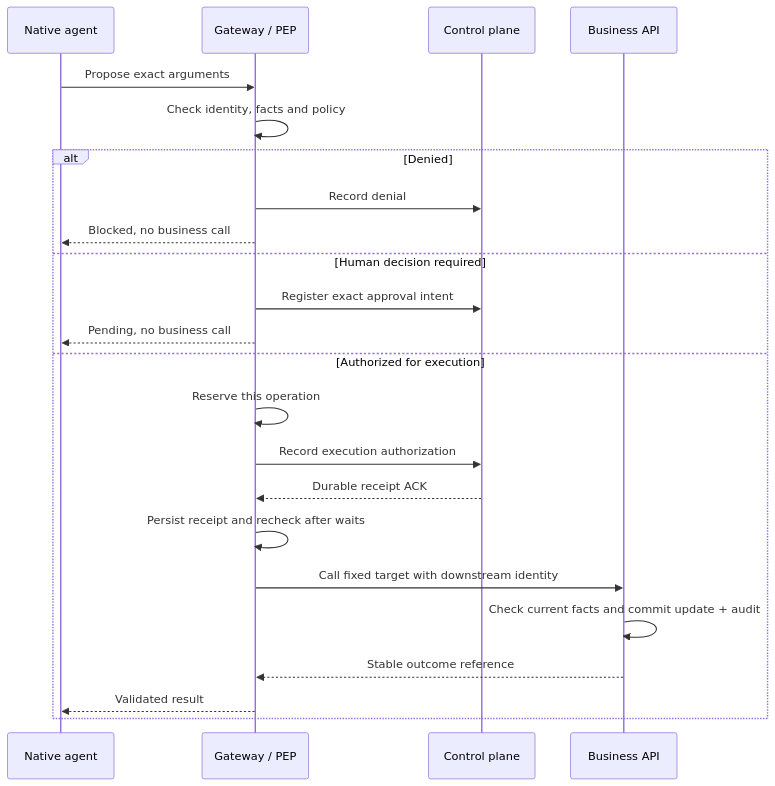
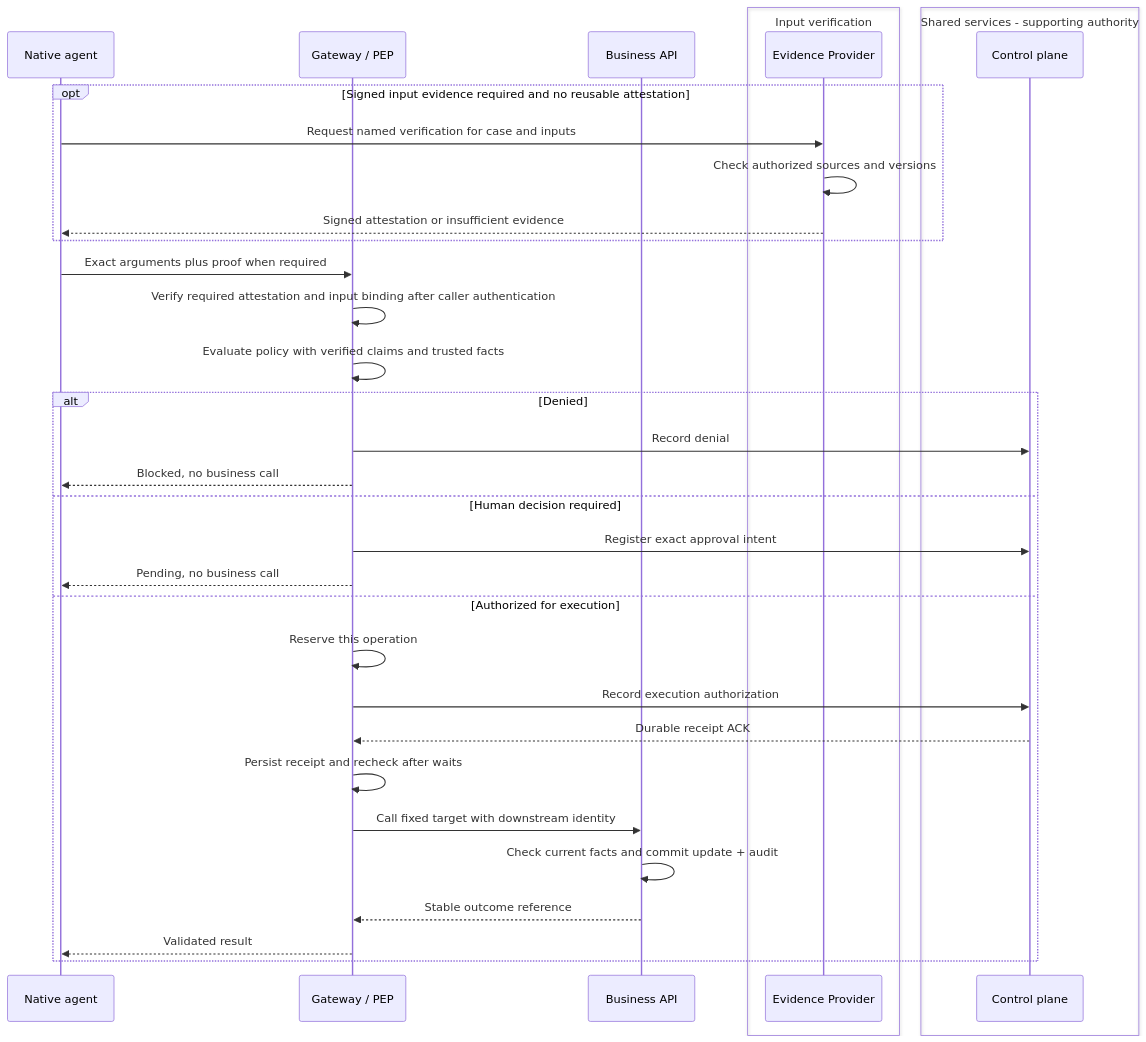
The second of 5 diagrams in docs/agent-governance-deep-dive.md (aiappsgbb/threadlight-skills), drawn with Mermaid before and after one commit. The commit also changed other lines of this file and 16 other files, not shown here.

First line of the commit message:
Clarify gateway hierarchy and signed input-evidence prerequisites

````diff
--- a/docs/agent-governance-deep-dive.md
+++ b/docs/agent-governance-deep-dive.md
@@ -371,25 +408,36 @@
 ```mermaid
 sequenceDiagram
     participant A as Native agent
     participant G as Gateway / PEP
-    participant C as Control plane
     participant B as Business API
-    A->>G: Propose exact arguments
-    G->>G: Check identity, facts and policy
+    box Input verification
+        participant E as Evidence Provider
+    end
+    box Shared services - supporting authority
+        participant C as Control plane
+    end
+    opt Signed input evidence required and no reusable attestation
+        A->>E: Request named verification for case and inputs
+        E->>E: Check authorized sources and versions
+        E-->>A: Signed attestation or insufficient evidence
+    end
+    A->>G: Exact arguments plus proof when required
+    G->>G: Verify required attestation and input binding after caller authentication
+    G->>G: Evaluate policy with verified claims and trusted facts
     alt Denied
         G->>C: Record denial
         G-->>A: Blocked, no business call
     else Human decision required
         G->>C: Register exact approval intent
         G-->>A: Pending, no business call
     else Authorized for execution
         G->>G: Reserve this operation
         G->>C: Record execution authorization
         C-->>G: Durable receipt ACK
         G->>G: Persist receipt and recheck after waits
         G->>B: Call fixed target with downstream identity
         B->>B: Check current facts and commit update + audit
         B-->>G: Stable outcome reference
         G-->>A: Validated result
     end
 ```
````
